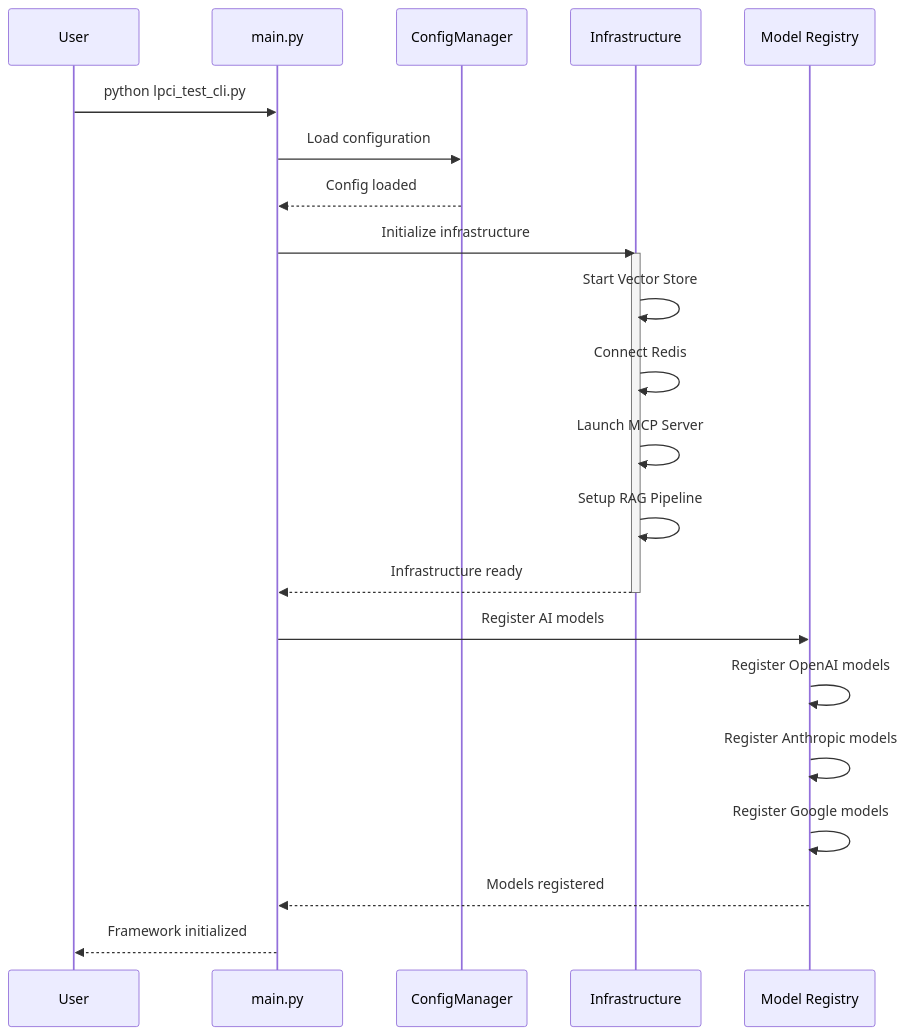
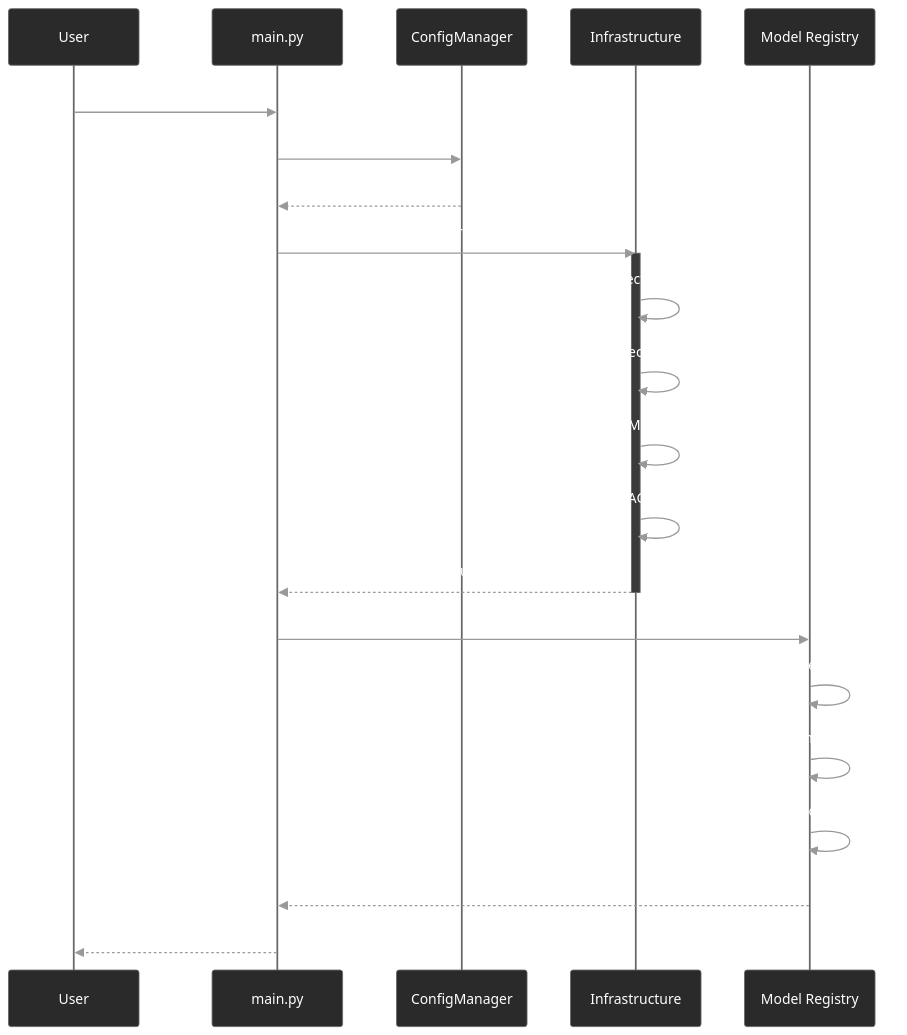
One commit to mbhatt1/agentic_lpci_framework changed the first of 12 diagrams in agentic_lpci_framework/README.md. Above: the diagram before and after it, drawn with Mermaid. The commit also changed other lines of this file and 3 other files, not shown here.

````diff
--- a/agentic_lpci_framework/README.md
+++ b/agentic_lpci_framework/README.md
@@ -16,29 +16,51 @@
 ```mermaid
+%%{init: {
+  'theme': 'base',
+  'themeVariables': {
+    'primaryColor': '#000000',
+    'primaryTextColor': '#ffffff',
+    'primaryBorderColor': '#666666',
+    'lineColor': '#999999',
+    'background': '#000000',
+    'mainBkg': '#1a1a1a',
+    'actorBkg': '#2a2a2a',
+    'actorBorder': '#666666',
+    'actorTextColor': '#ffffff',
+    'signalColor': '#999999',
+    'signalTextColor': '#ffffff',
+    'noteBkgColor': '#1a1a1a',
+    'noteTextColor': '#ffffff',
+    'noteBorderColor': '#666666',
+    'sequenceNumberColor': '#000000',
+    'activationBkgColor': '#3a3a3a',
+    'activationBorderColor': '#666666'
+  }
+}}%%
 sequenceDiagram
     participant User
     participant Main as main.py
     participant Config as ConfigManager
     participant Infra as Infrastructure
     participant Models as Model Registry
     
     User->>Main: python lpci_test_cli.py
     Main->>Config: Load configuration
     Config-->>Main: Config loaded
     
     Main->>Infra: Initialize infrastructure
     activate Infra
     Infra->>Infra: Start Vector Store
     Infra->>Infra: Connect Redis
     Infra->>Infra: Launch MCP Server
     Infra->>Infra: Setup RAG Pipeline
     Infra-->>Main: Infrastructure ready
     deactivate Infra
     
     Main->>Models: Register AI models
     Models->>Models: Register OpenAI models
     Models->>Models: Register Anthropic models
     Models->>Models: Register Google models
     Models-->>Main: Models registered
     
     Main-->>User: Framework initialized
 ```
````
